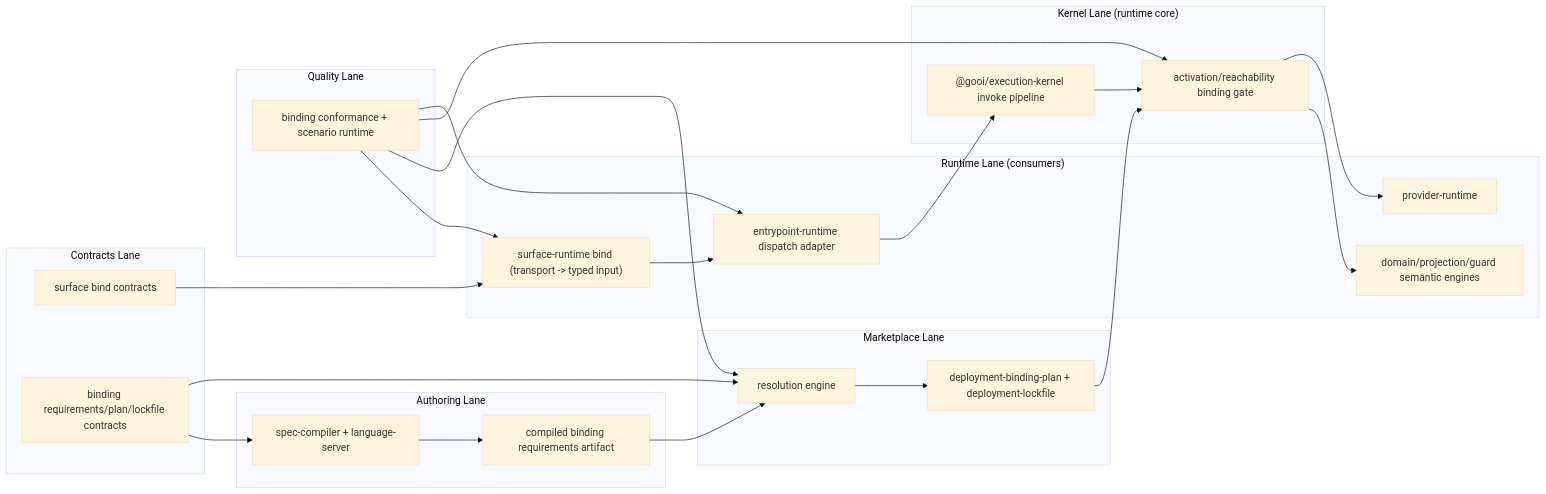
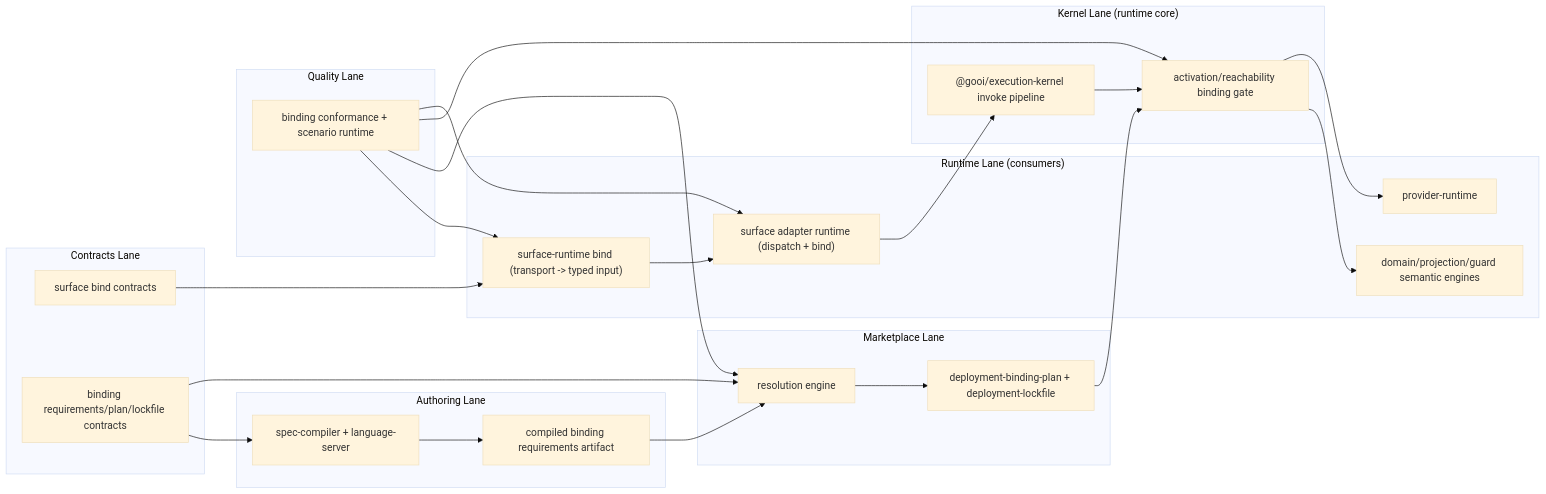
One commit to ngalluzzo/gooi changed the first of 4 diagrams in docs/engineering/rfcs/RFC-0007-north-star-platform-shape-and-progressive-dx-api.md. Above: the diagram before and after it, drawn with Mermaid (base theme). The commit also changed other lines of this file and 4 other files, not shown here.

````diff
--- a/docs/engineering/rfcs/RFC-0007-north-star-platform-shape-and-progressive-dx-api.md
+++ b/docs/engineering/rfcs/RFC-0007-north-star-platform-shape-and-progressive-dx-api.md
@@ -122,50 +122,50 @@
 ```mermaid
 flowchart LR
   subgraph ContractsLane["Contracts Lane"]
     SurfaceBindContracts["surface bind contracts"]
     DeploymentBindContracts["binding requirements/plan/lockfile contracts"]
   end
 
   subgraph AuthoringLane["Authoring Lane"]
     Authoring["spec-compiler + language-server"]
     BindingRequirements["compiled binding requirements artifact"]
   end
 
   subgraph KernelLane["Kernel Lane (runtime core)"]
     KernelInvoke["@gooi/execution-kernel invoke pipeline"]
     KernelBindingGate["activation/reachability binding gate"]
   end
 
   subgraph RuntimeLane["Runtime Lane (consumers)"]
     SurfaceBinder["surface-runtime bind (transport -> typed input)"]
-    EntrypointAdapter["entrypoint-runtime dispatch adapter"]
+    SurfaceAdapterRuntime["surface adapter runtime (dispatch + bind)"]
     SemanticEngines["domain/projection/guard semantic engines"]
     ProviderRuntime["provider-runtime"]
   end
 
   subgraph MarketplaceLane["Marketplace Lane"]
     Resolver["resolution engine"]
     BindingArtifacts["deployment-binding-plan + deployment-lockfile"]
   end
 
   subgraph QualityLane["Quality Lane"]
     Quality["binding conformance + scenario runtime"]
   end
 
   SurfaceBindContracts --> SurfaceBinder
   DeploymentBindContracts --> Authoring
   DeploymentBindContracts --> Resolver
   Authoring --> BindingRequirements
   BindingRequirements --> Resolver
   Resolver --> BindingArtifacts
   BindingArtifacts --> KernelBindingGate
-  SurfaceBinder --> EntrypointAdapter
-  EntrypointAdapter --> KernelInvoke
+  SurfaceBinder --> SurfaceAdapterRuntime
+  SurfaceAdapterRuntime --> KernelInvoke
   KernelInvoke --> KernelBindingGate
   KernelBindingGate --> SemanticEngines
   KernelBindingGate --> ProviderRuntime
   Quality --> SurfaceBinder
   Quality --> Resolver
   Quality --> KernelBindingGate
-  Quality --> EntrypointAdapter
+  Quality --> SurfaceAdapterRuntime
 ```
````
